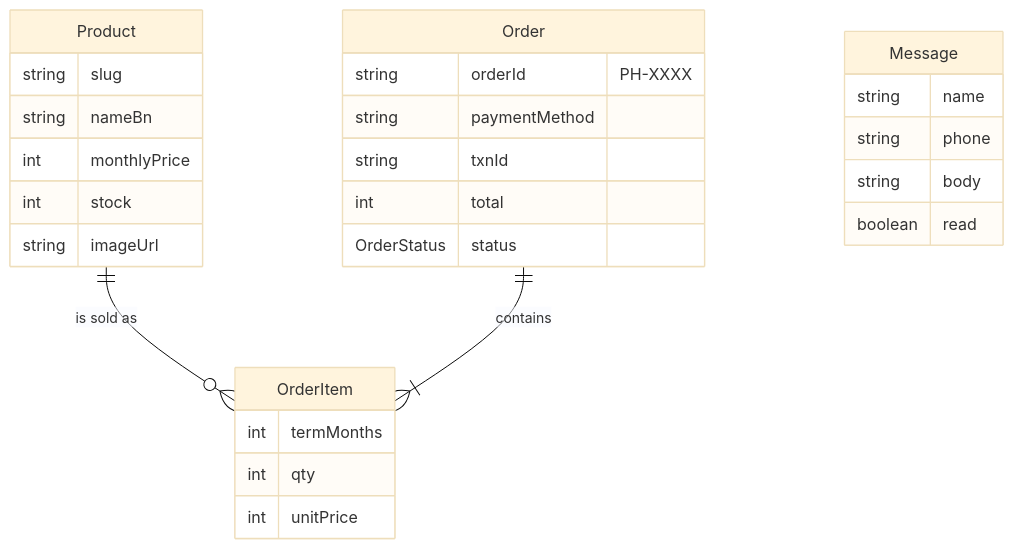
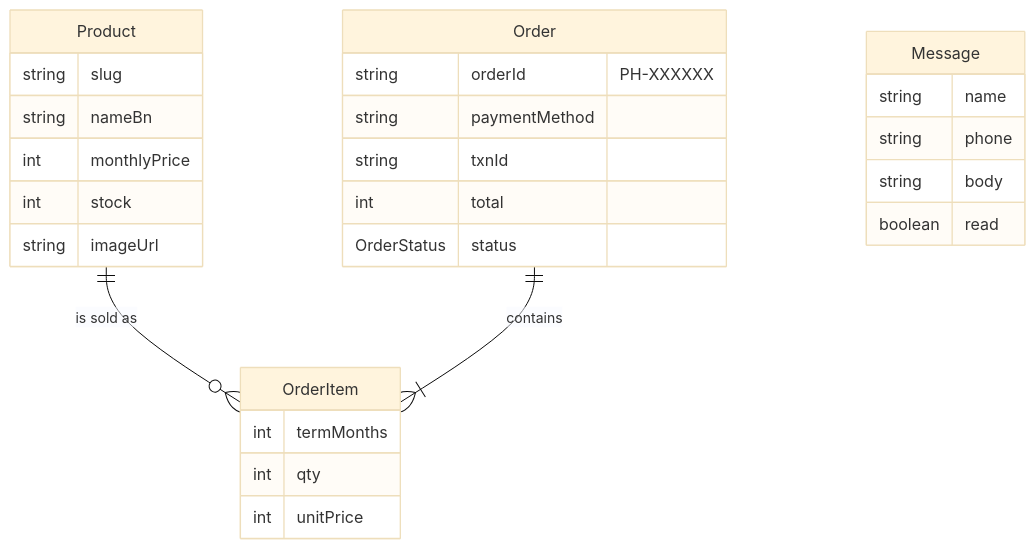
Before and after one commit to Raju0131/Premium-Hatbazar: the second of 2 diagrams in README.md, drawn with Mermaid (base theme). The commit also changed other lines of this file and 28 other files, not shown here.

````diff
--- a/README.md
+++ b/README.md
@@ -123,30 +127,30 @@
 ```mermaid
 erDiagram
   Product ||--o{ OrderItem : "is sold as"
   Order ||--|{ OrderItem : contains
   Product {
     string slug
     string nameBn
     int monthlyPrice
     int stock
     string imageUrl
   }
   Order {
-    string orderId "PH-XXXX"
+    string orderId "PH-XXXXXX"
     string paymentMethod
     string txnId
     int total
     OrderStatus status
   }
   OrderItem {
     int termMonths
     int qty
     int unitPrice
   }
   Message {
     string name
     string phone
     string body
     boolean read
   }
 ```
````
